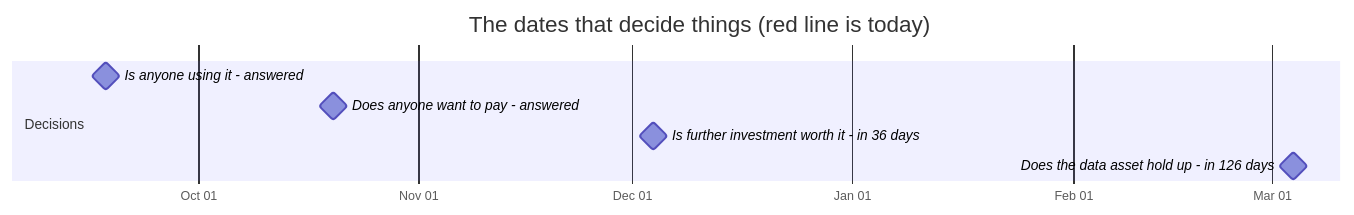
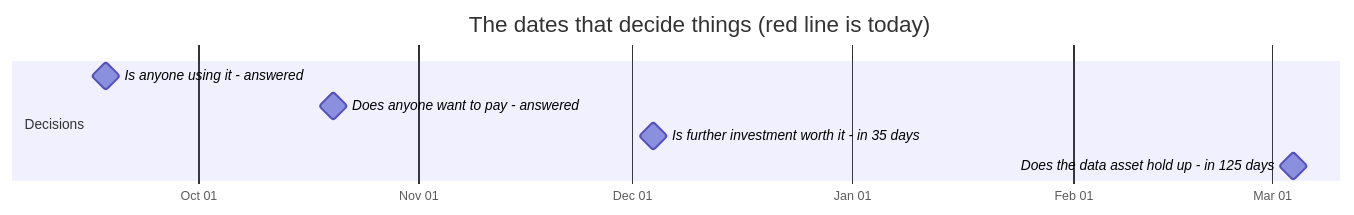
One commit to jakegu1/vetagent changed the first of 2 diagrams in docs/OWNER.md. Above: the diagram before and after it, drawn with Mermaid. The commit also changed other lines of this file, not shown here.

````diff
--- a/docs/OWNER.md
+++ b/docs/OWNER.md
@@ -67,12 +67,12 @@
 ```mermaid
 gantt
     dateFormat YYYY-MM-DD
     axisFormat %b %d
     todayMarker stroke-width:3px,stroke:#d33,stroke-dasharray:0
     title The dates that decide things (red line is today)
     section Decisions
     Is anyone using it - answered :milestone, 2026-09-18, 0d
     Does anyone want to pay - answered :milestone, 2026-10-20, 0d
-    Is further investment worth it - in 36 days :milestone, 2026-12-04, 0d
-    Does the data asset hold up - in 126 days :milestone, 2027-03-04, 0d
+    Is further investment worth it - in 35 days :milestone, 2026-12-04, 0d
+    Does the data asset hold up - in 125 days :milestone, 2027-03-04, 0d
 ```
````
